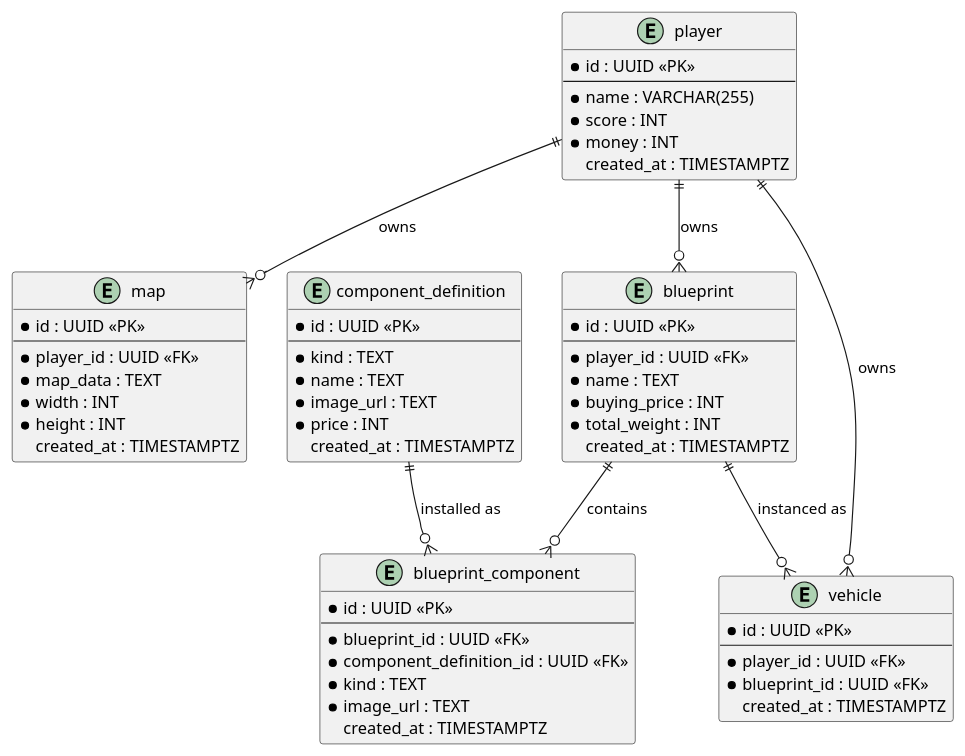
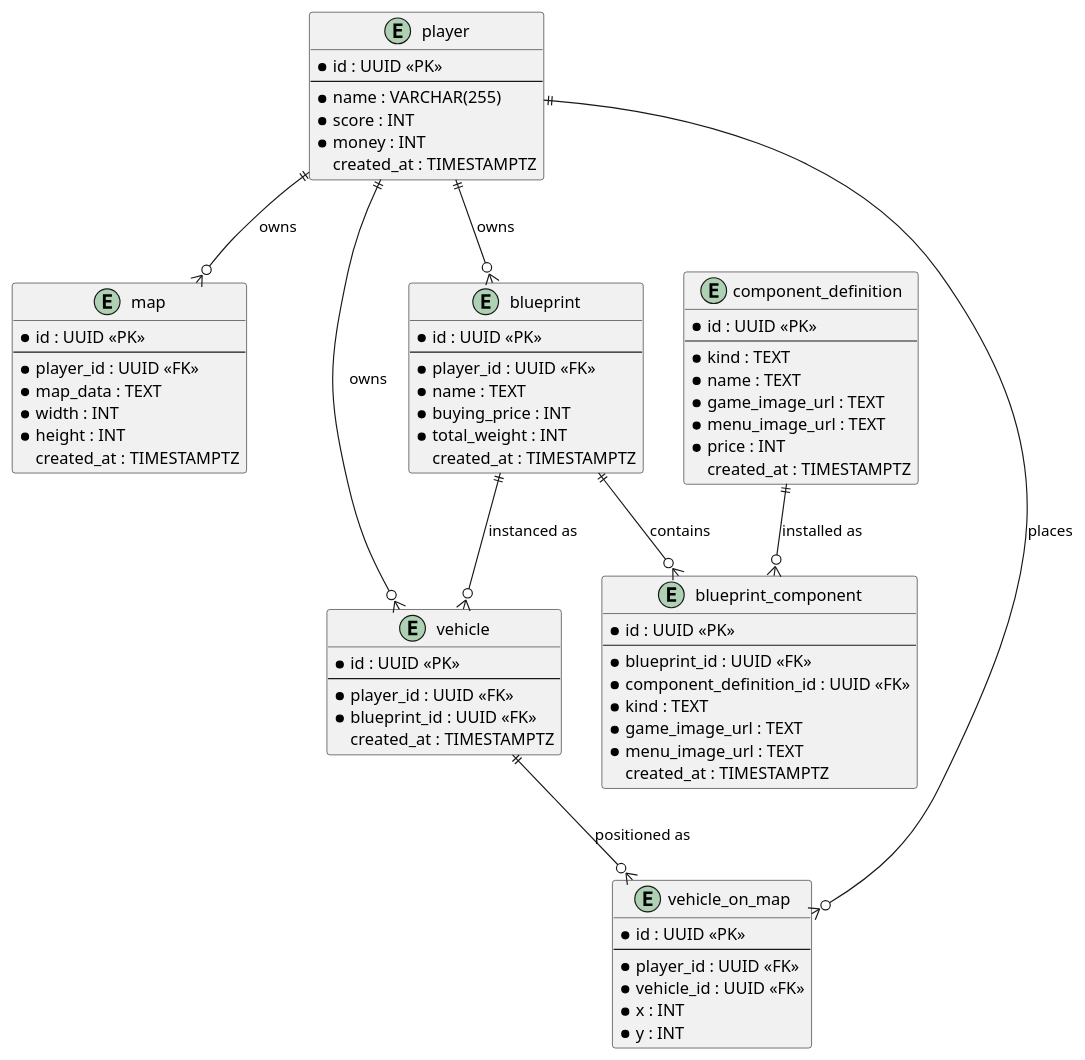
The diagram in doc/arc42/08_crosscutting_concepts/08_01_database_layout.md (anhoppe/tank-wars), drawn with PlantUML before and after one commit. The commit also changed other lines of this file and 14 other files, not shown here.

````diff
--- a/doc/arc42/08_crosscutting_concepts/08_01_database_layout.md
+++ b/doc/arc42/08_crosscutting_concepts/08_01_database_layout.md
@@ -19,69 +19,82 @@
 ```plantuml
 @startuml db_layout
 
 entity player {
   * id : UUID <<PK>>
   --
   * name : VARCHAR(255)
   * score : INT
   * money : INT
   created_at : TIMESTAMPTZ
 }
 
 entity map {
   * id : UUID <<PK>>
   --
   * player_id : UUID <<FK>>
   * map_data : TEXT
   * width : INT
   * height : INT
   created_at : TIMESTAMPTZ
 }
 
 entity blueprint {
   * id : UUID <<PK>>
   --
   * player_id : UUID <<FK>>
   * name : TEXT
   * buying_price : INT
   * total_weight : INT
   created_at : TIMESTAMPTZ
 }
 
 entity component_definition {
   * id : UUID <<PK>>
   --
   * kind : TEXT
   * name : TEXT
-  * image_url : TEXT
+  * game_image_url : TEXT
+  * menu_image_url : TEXT
   * price : INT
   created_at : TIMESTAMPTZ
 }
 
 entity blueprint_component {
   * id : UUID <<PK>>
   --
   * blueprint_id : UUID <<FK>>
   * component_definition_id : UUID <<FK>>
   * kind : TEXT
-  * image_url : TEXT
+  * game_image_url : TEXT
+  * menu_image_url : TEXT
   created_at : TIMESTAMPTZ
 }
 
 entity vehicle {
   * id : UUID <<PK>>
   --
   * player_id : UUID <<FK>>
   * blueprint_id : UUID <<FK>>
   created_at : TIMESTAMPTZ
 }
 
+entity vehicle_on_map {
+  * id : UUID <<PK>>
+  --
+  * player_id : UUID <<FK>>
+  * vehicle_id : UUID <<FK>>
+  * x : INT
+  * y : INT
+}
+
 player ||--o{ map       : "owns"
 player ||--o{ blueprint : "owns"
 player ||--o{ vehicle : "owns"
+player ||--o{ vehicle_on_map : "places"
 blueprint ||--o{ blueprint_component : "contains"
 blueprint ||--o{ vehicle : "instanced as"
+vehicle ||--o{ vehicle_on_map : "positioned as"
 component_definition ||--o{ blueprint_component : "installed as"
 
 @enduml
 ```
````
